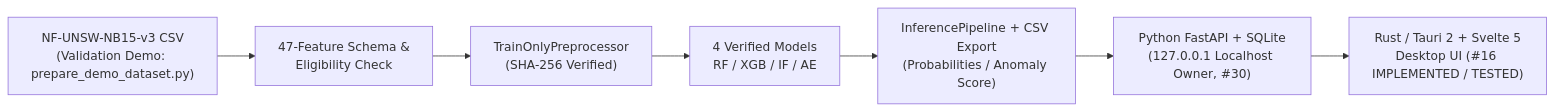
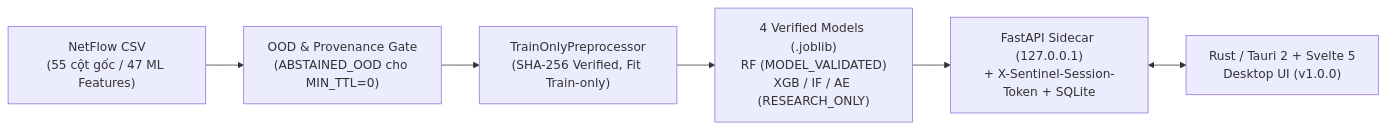
Before and after one commit to doctor-cato/AI-NETWORK-ANOMALY-DETECTION-TRACEABILITY-MAIN: the diagram in README.md, drawn with Mermaid. The commit also changed other lines of this file and 25 other files, not shown here.

````diff
--- a/README.md
+++ b/README.md
@@ -49,9 +46,8 @@
 ```mermaid
 flowchart LR
-    A["NF-UNSW-NB15-v3 CSV<br/>(Validation Demo: prepare_demo_dataset.py)"] --> B["47-Feature Schema &<br/>Eligibility Check"]
-    B --> C["TrainOnlyPreprocessor<br/>(SHA-256 Verified)"]
-    C --> D["4 Verified Models<br/>RF / XGB / IF / AE"]
-    D --> E["InferencePipeline + CSV Export<br/>(Probabilities / Anomaly Score)"]
-    E --> F["Python FastAPI + SQLite<br/>(127.0.0.1 Localhost Owner, #30)"]
-    F --> G["Rust / Tauri 2 + Svelte 5<br/>Desktop UI (#16 IMPLEMENTED / TESTED)"]
+    A["NetFlow CSV<br/>(55 cột gốc / 47 ML Features)"] --> B["OOD & Provenance Gate<br/>(ABSTAINED_OOD cho MIN_TTL=0)"]
+    B --> C["TrainOnlyPreprocessor<br/>(SHA-256 Verified, Fit Train-only)"]
+    C --> D["4 Verified Models (.joblib)<br/>RF (MODEL_VALIDATED)<br/>XGB / IF / AE (RESEARCH_ONLY)"]
+    D --> E["FastAPI Sidecar (127.0.0.1)<br/>+ X-Sentinel-Session-Token + SQLite"]
+    E <--> F["Rust / Tauri 2 + Svelte 5<br/>Desktop UI (v1.0.0)"]
 ```
````
